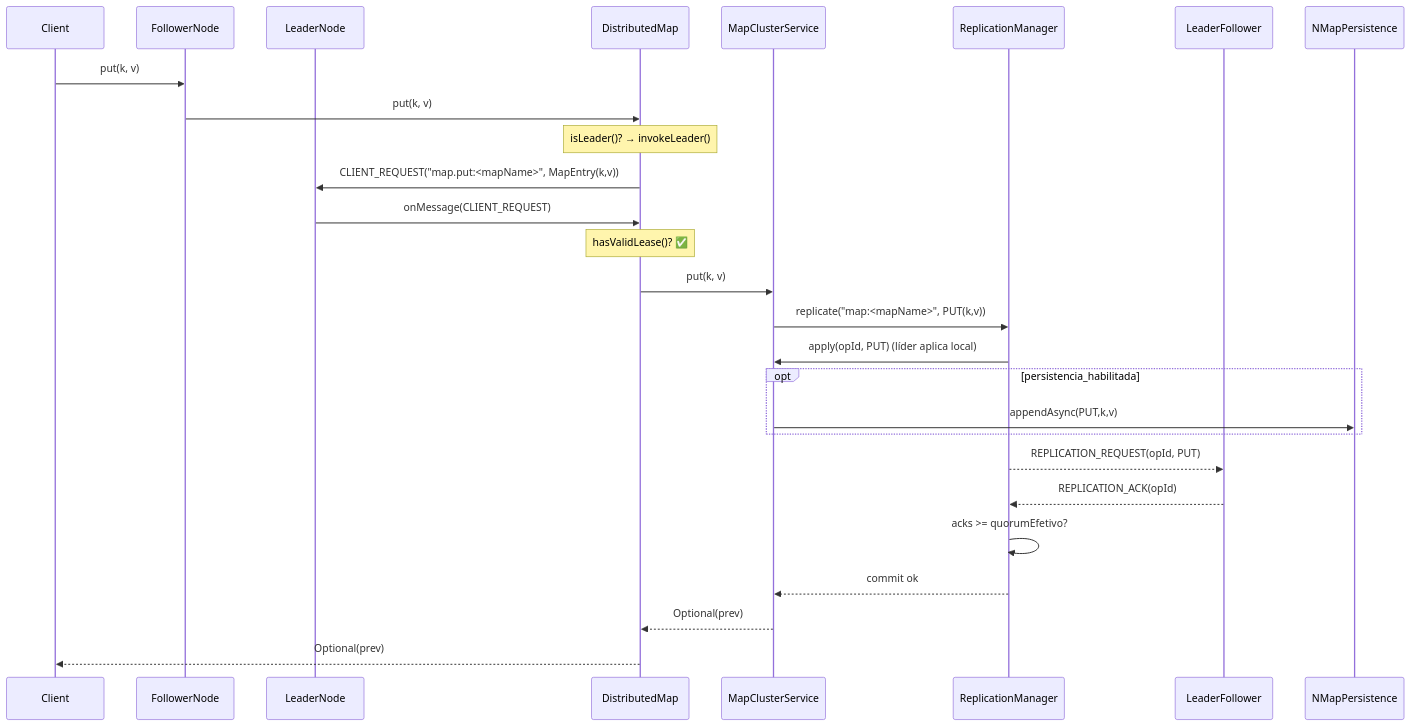
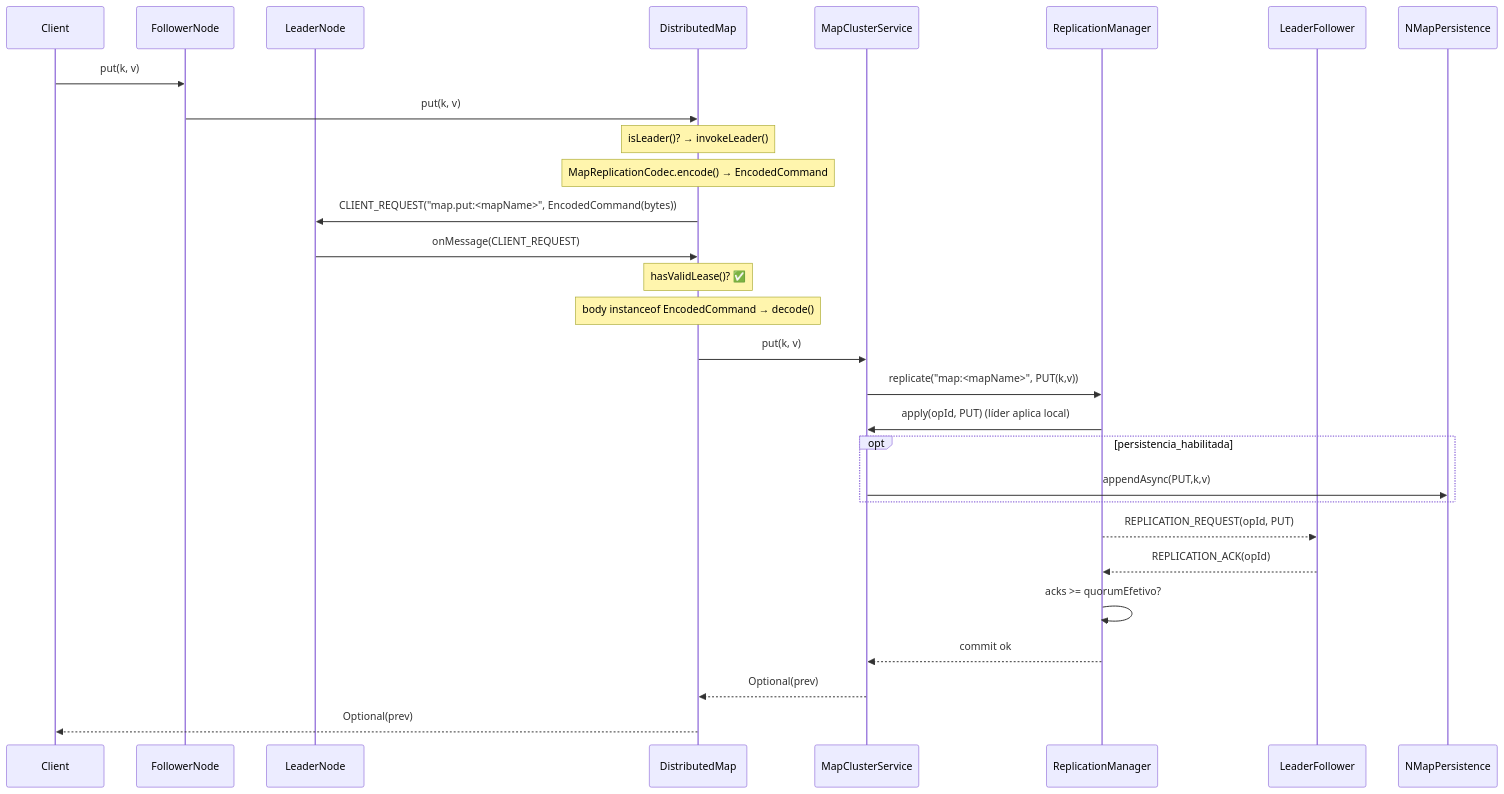
One commit to nishisan-dev/nishi-utils changed the first of 4 diagrams in doc/ngrid/map-design.md. Above: the diagram before and after it, drawn with Mermaid. The commit also changed other lines of this file and 4 other files, not shown here.

````diff
--- a/doc/ngrid/map-design.md
+++ b/doc/ngrid/map-design.md
@@ -144,30 +144,32 @@
 ```mermaid
 sequenceDiagram
 participant Client as Client
 participant F as FollowerNode
 participant L as LeaderNode
 participant DM as DistributedMap
 participant MS as MapClusterService
 participant RM as ReplicationManager
 participant LF as LeaderFollower
 participant MP as NMapPersistence
 
 Client->>F: put(k, v)
 F->>DM: put(k, v)
 Note over DM: isLeader()? → invokeLeader()
-DM->>L: CLIENT_REQUEST("map.put:<mapName>", MapEntry(k,v))
+Note over DM: MapReplicationCodec.encode() → EncodedCommand
+DM->>L: CLIENT_REQUEST("map.put:<mapName>", EncodedCommand(bytes))
 L->>DM: onMessage(CLIENT_REQUEST)
 Note over DM: hasValidLease()? ✅
+Note over DM: body instanceof EncodedCommand → decode()
 DM->>MS: put(k, v)
 MS->>RM: replicate("map:<mapName>", PUT(k,v))
 RM->>MS: apply(opId, PUT) (líder aplica local)
 opt persistencia_habilitada
   MS->>MP: appendAsync(PUT,k,v)
 end
 RM-->>LF: REPLICATION_REQUEST(opId, PUT)
 LF-->>RM: REPLICATION_ACK(opId)
 RM->>RM: acks >= quorumEfetivo?
 RM-->>MS: commit ok
 MS-->>DM: Optional(prev)
 DM-->>Client: Optional(prev)
 ```
````
